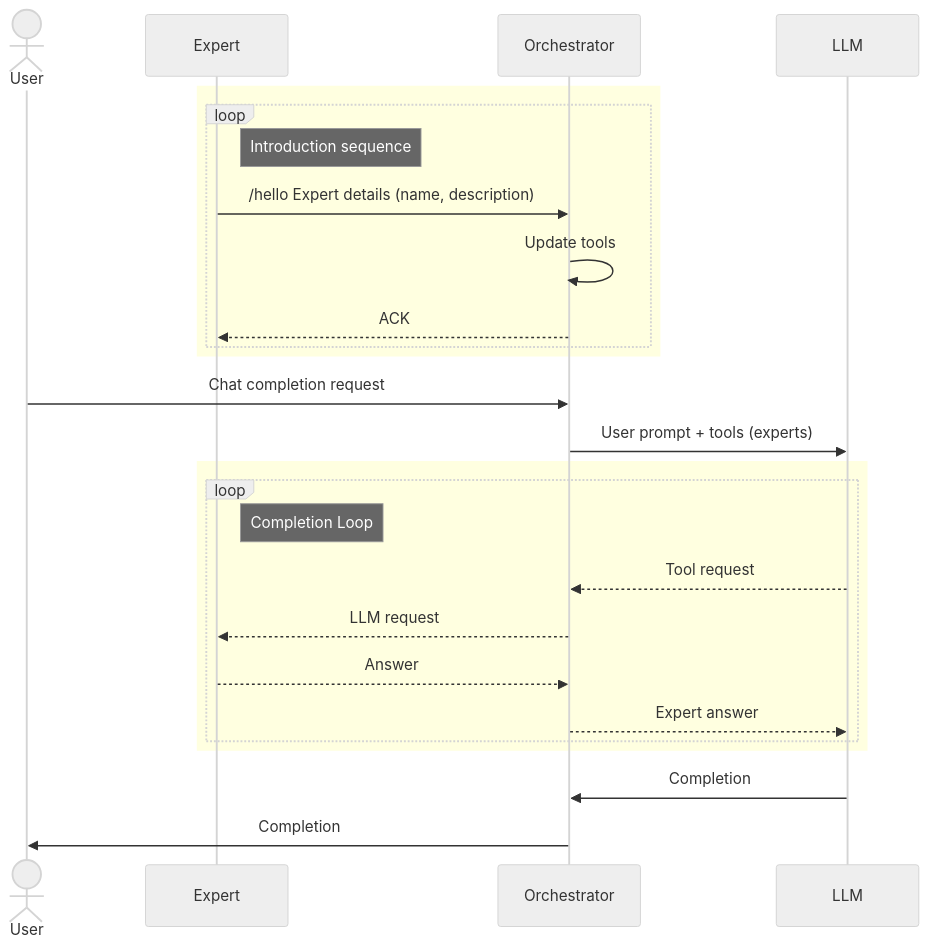
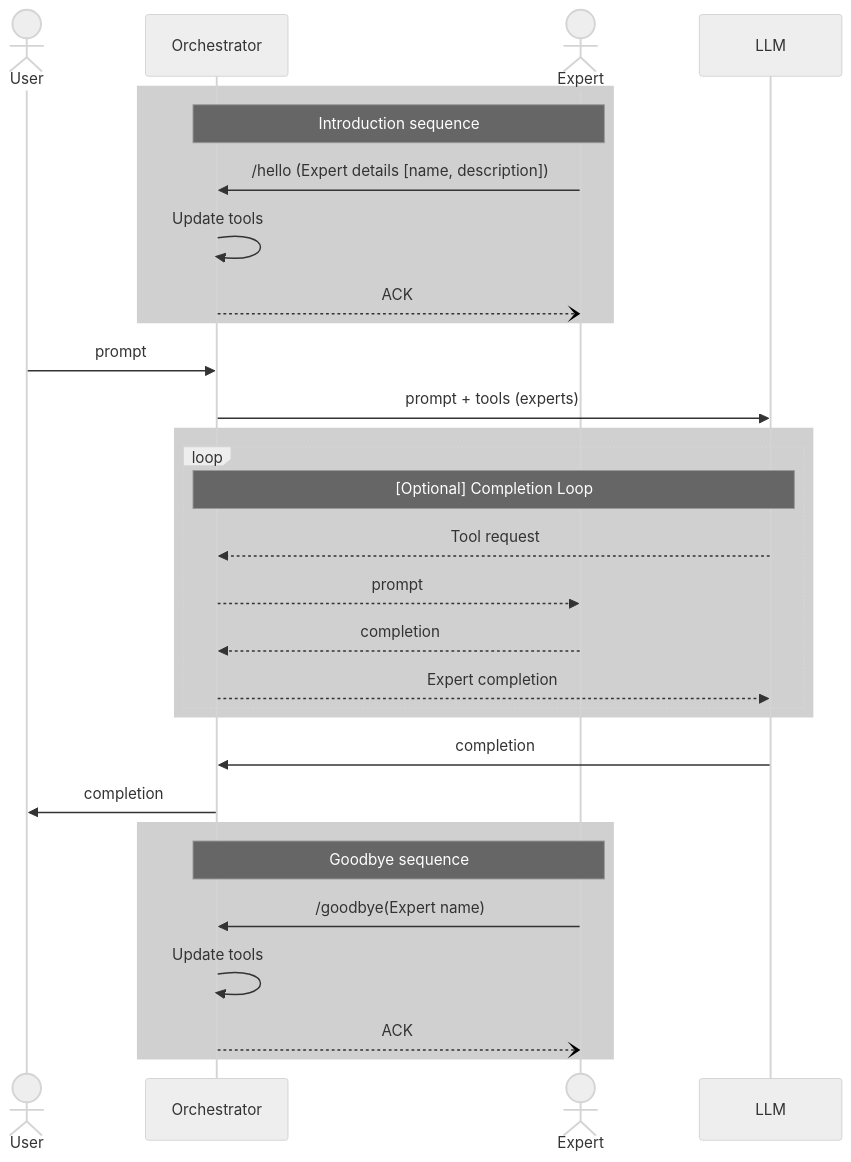
The diagram in README.md (bc3tech/yaap), drawn with Mermaid (neutral theme) before and after one commit. The commit also changed other lines of this file and 1 other file, not shown here.

Commit message:
SignalR sequence diagram

````diff
--- a/README.md
+++ b/README.md
@@ -35,29 +35,34 @@
 ```mermaid
 sequenceDiagram
     actor User
-    participant Expert
     participant Orchestrator
+    actor Expert
+    actor Expert
     participant LLM
 
-rect lightyellow
+rect rgba(100,100,100,.3)
+    note over Orchestrator, Expert: Introduction sequence
+    Expert->>Orchestrator: /hello (Expert details [name, description])
+    Orchestrator->>Orchestrator: Update tools
+    Orchestrator--)Expert: ACK
+end
+    User->>Orchestrator: prompt
+    Orchestrator->>LLM: prompt + tools (experts)
+rect rgba(100,100,100,.3)
 loop
-    note right of Expert: Introduction sequence
-    Expert->>Orchestrator: /hello Expert details (name, description)
-    Orchestrator->>Orchestrator: Update tools
-    Orchestrator-->>Expert: ACK
+    note over Orchestrator, LLM: [Optional] Completion Loop
+    LLM-->>Orchestrator: Tool request
+    Orchestrator-->>Expert: prompt
+    Expert-->>Orchestrator: completion
+    Orchestrator-->>LLM: Expert completion
 end
 end
-    User->>Orchestrator: Chat completion request
-    Orchestrator->>LLM: User prompt + tools (experts)
-rect lightyellow
-loop
-    note right of Expert: Completion Loop
-    LLM-->>Orchestrator: Tool request
-    Orchestrator-->>Expert: LLM request
-    Expert-->>Orchestrator: Answer
-    Orchestrator-->>LLM: Expert answer
+    LLM->>Orchestrator: completion
+    Orchestrator->>User: completion
+rect rgba(100,100,100,.3)
+    note over Orchestrator, Expert: Goodbye sequence
+    Expert->>Orchestrator: /goodbye(Expert name)
+    Orchestrator->>Orchestrator: Update tools
+    Orchestrator--)Expert: ACK
 end
-end
-    LLM->>Orchestrator: Completion
-    Orchestrator->>User: Completion
 ```
````
